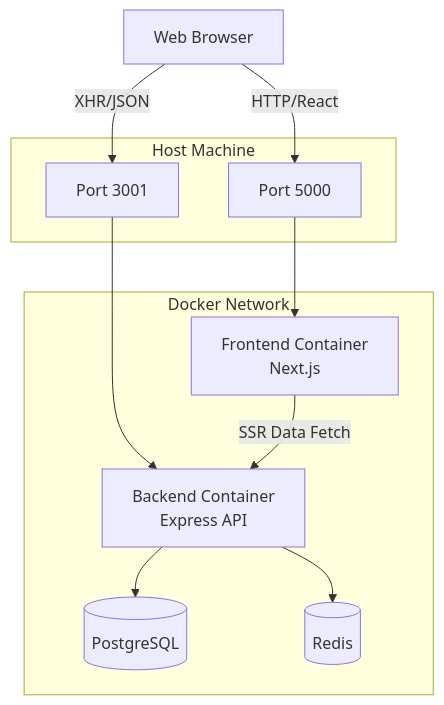
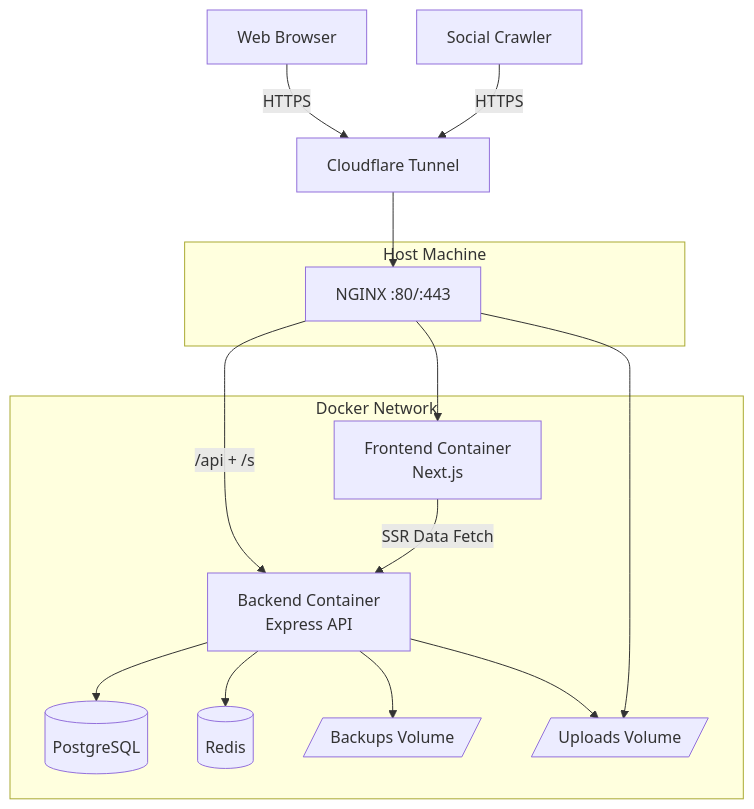
The diagram in docs/architecture.md (lef-zach/blog), drawn with Mermaid before and after one commit. The commit also changed other lines of this file and 2 other files, not shown here.

Commit message:
docs: update backup api and architecture

````diff
--- a/docs/architecture.md
+++ b/docs/architecture.md
@@ -5,25 +5,32 @@
 ```mermaid
 graph TD
     User[Web Browser]
-    
+    Social[Social Crawler]
+    Tunnel[Cloudflare Tunnel]
+
     subgraph Host Machine
-        FrontendPort[Port 5000]
-        BackendPort[Port 3001]
+        Nginx[NGINX :80/:443]
     end
 
     subgraph Docker Network
         Frontend[Frontend Container\nNext.js]
         Backend[Backend Container\nExpress API]
         DB[(PostgreSQL)]
         Redis[(Redis)]
+        Backups[/Backups Volume/]
+        Uploads[/Uploads Volume/]
     end
 
-    User -->|HTTP/React| FrontendPort
-    User -->|XHR/JSON| BackendPort
-    FrontendPort --> Frontend
-    BackendPort --> Backend
-    
+    User -->|HTTPS| Tunnel
+    Social -->|HTTPS| Tunnel
+    Tunnel --> Nginx
+    Nginx --> Frontend
+    Nginx -->|/api + /s| Backend
+
     Frontend -->|SSR Data Fetch| Backend
     Backend --> DB
     Backend --> Redis
+    Backend --> Backups
+    Backend --> Uploads
+    Nginx --> Uploads
 ```
````
